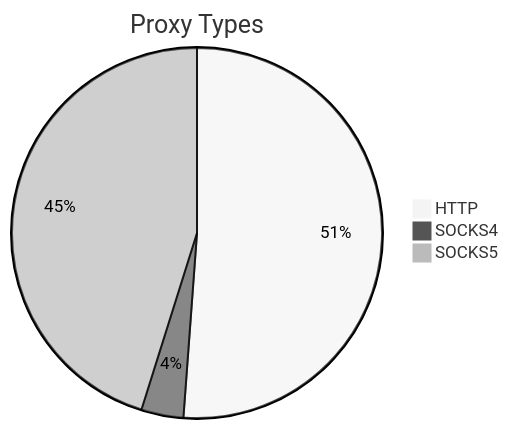
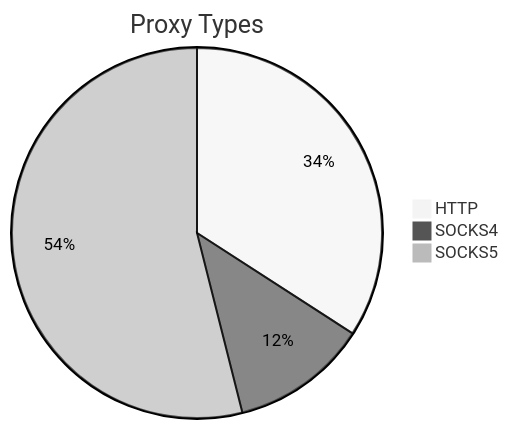
One commit to stormsia/proxy-list changed the first of 2 diagrams in README.md. Above: the diagram before and after it, drawn with Mermaid (neutral theme). The commit also changed other lines of this file, not shown here.

````diff
--- a/README.md
+++ b/README.md
@@ -21,6 +21,6 @@
 ```mermaid
 pie title Proxy Types
-    "HTTP" : 153
-    "SOCKS4" : 11
-    "SOCKS5" : 135
+    "HTTP" : 286
+    "SOCKS4" : 100
+    "SOCKS5" : 452
 ```
````
